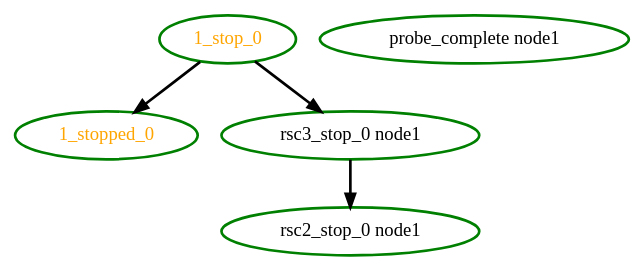
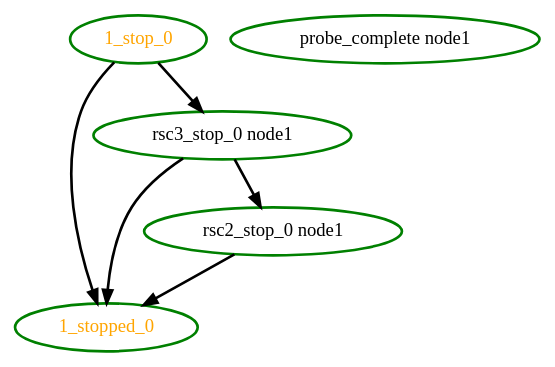
Before and after one commit to richiewen8/heartbeat: the diagram in crm/pengine/testcases/group11.dot, drawn with Graphviz. The commit also changed 40 other files, not shown here.

```diff
--- a/crm/pengine/testcases/group11.dot
+++ b/crm/pengine/testcases/group11.dot
@@ -1,10 +1,12 @@
  digraph "g" {
 "1_stop_0" -> "1_stopped_0" [ style = bold]
 "1_stop_0" -> "rsc3_stop_0 node1" [ style = bold]
 "1_stop_0" [ style=bold color="green" fontcolor="orange" ]
 "1_stopped_0" [ style=bold color="green" fontcolor="orange" ]
 "probe_complete node1" [ style=bold color="green" fontcolor="black" ]
+"rsc2_stop_0 node1" -> "1_stopped_0" [ style = bold]
 "rsc2_stop_0 node1" [ style=bold color="green" fontcolor="black" ]
+"rsc3_stop_0 node1" -> "1_stopped_0" [ style = bold]
 "rsc3_stop_0 node1" -> "rsc2_stop_0 node1" [ style = bold]
 "rsc3_stop_0 node1" [ style=bold color="green" fontcolor="black" ]
 }
```
